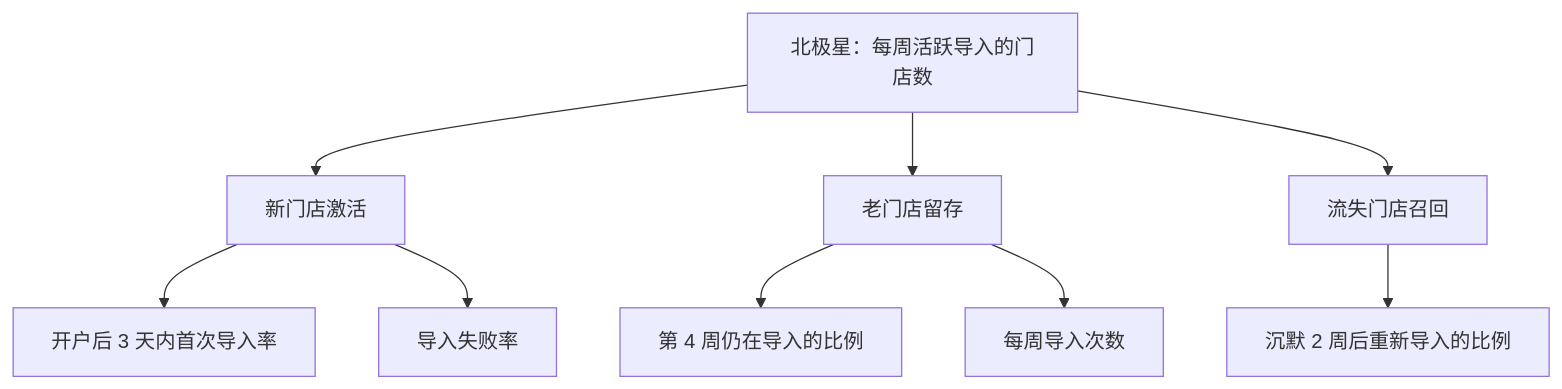
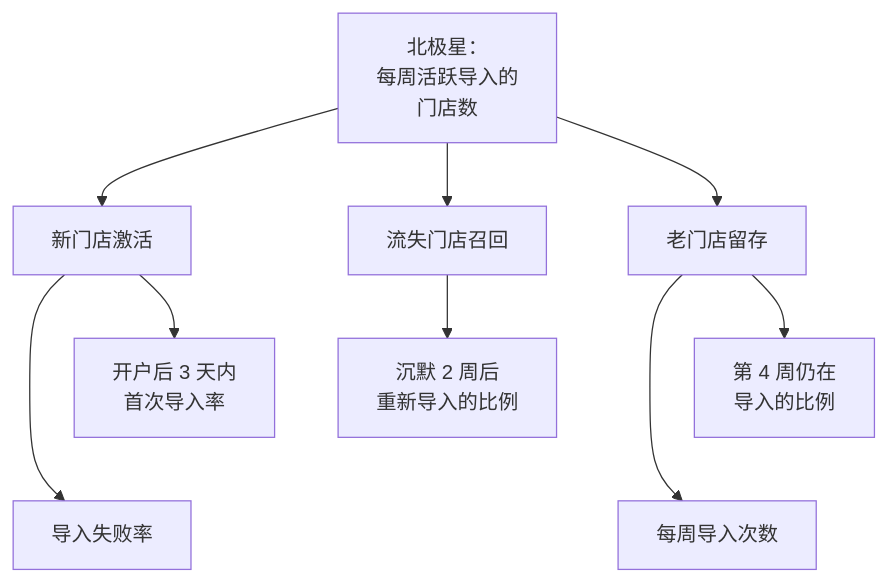
Before and after one commit to jarvis-pro/hatch-shelf: the first of 2 diagrams in books/product-analytics/01-metrics.md, drawn with Mermaid. The commit also changed other lines of this file and 432 other files, not shown here.

````diff
--- a/books/product-analytics/01-metrics.md
+++ b/books/product-analytics/01-metrics.md
@@ -63,11 +63,13 @@
 ```mermaid
 flowchart TD
-    N["北极星：每周活跃导入的门店数"] --> A["新门店激活"]
+    N["北极星：<br/>每周活跃导入的<br/>门店数"] --> A["新门店激活"]
     N --> R["老门店留存"]
     N --> W["流失门店召回"]
-    A --> A1["开户后 3 天内首次导入率"]
+    A --> A1["开户后 3 天内<br/>首次导入率"]
     A --> A2["导入失败率"]
-    R --> R1["第 4 周仍在导入的比例"]
+    R --> R1["第 4 周仍在<br/>导入的比例"]
     R --> R2["每周导入次数"]
-    W --> W1["沉默 2 周后重新导入的比例"]
+    W --> W1["沉默 2 周后<br/>重新导入的比例"]
+    A1 ~~~ A2
+    R1 ~~~ R2
 ```
````
